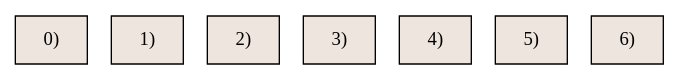
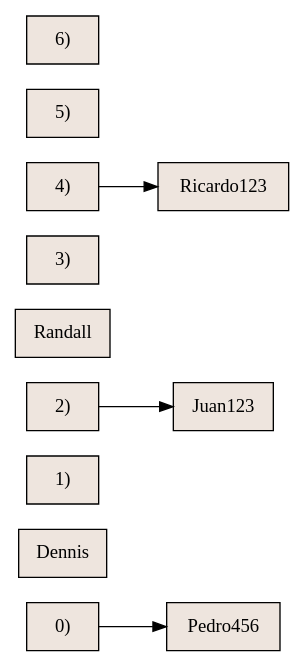
Before and after one commit to chrissramos/EDD_2S2019_PY2_201602869: the diagram in Proyecto2/graficaHash.dot, drawn with Graphviz. The commit also changed 17 other files, not shown here.

```diff
--- a/Proyecto2/graficaHash.dot
+++ b/Proyecto2/graficaHash.dot
@@ -1,11 +1,19 @@
 digraph grafica{
-rankdir=TB;
+rankdir=LR;
 node [shape = record, style=filled, fillcolor=seashell2];
-0[label = "0) "] 
+0[label = "0) "]; 
+0->Pedro456;
+Pedro456 Pedro456[label = "Pedro456 "] 
+ Dennis[label = "Dennis "] 
 1[label = "1) "] 
-2[label = "2) "] 
+2[label = "2) "]; 
+2->Juan123;
+Juan123 Juan123[label = "Juan123 "] 
+ Randall[label = "Randall "] 
 3[label = "3) "] 
-4[label = "4) "] 
+4[label = "4) "]; 
+4->Ricardo123;
+Ricardo123 Ricardo123[label = "Ricardo123 "] 
 5[label = "5) "] 
 6[label = "6) "] 
 }
```
